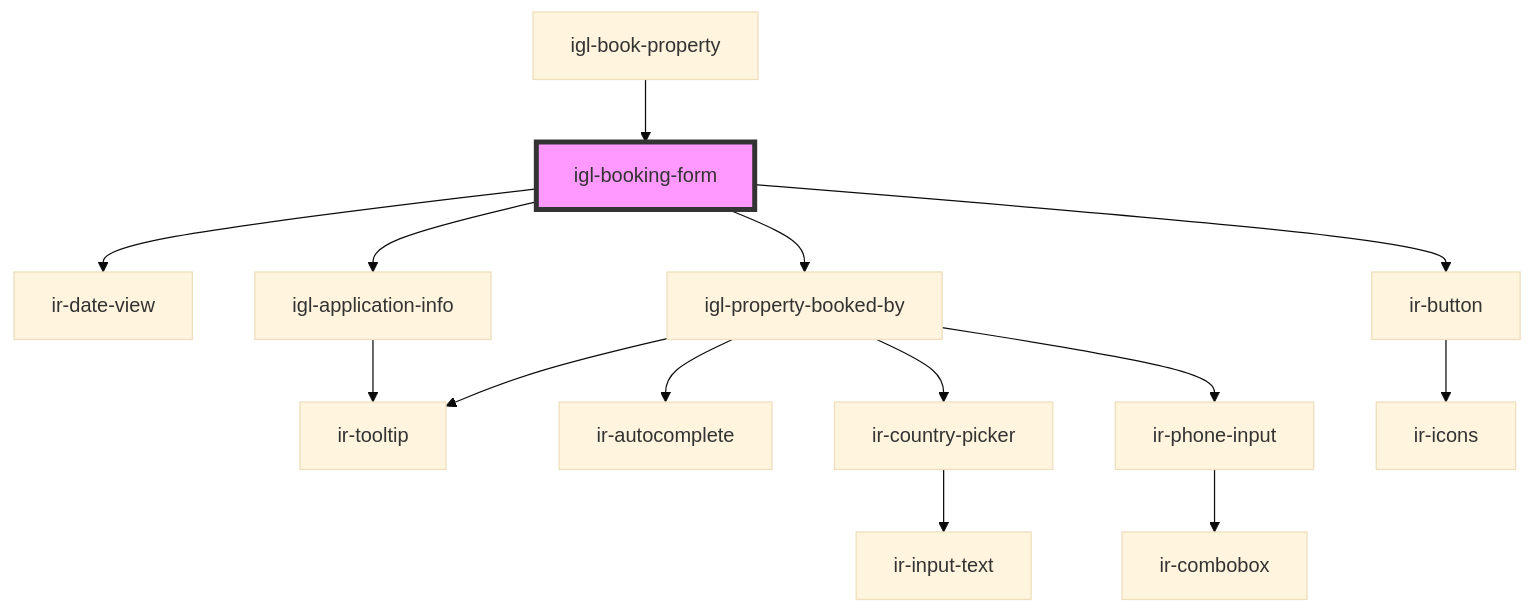
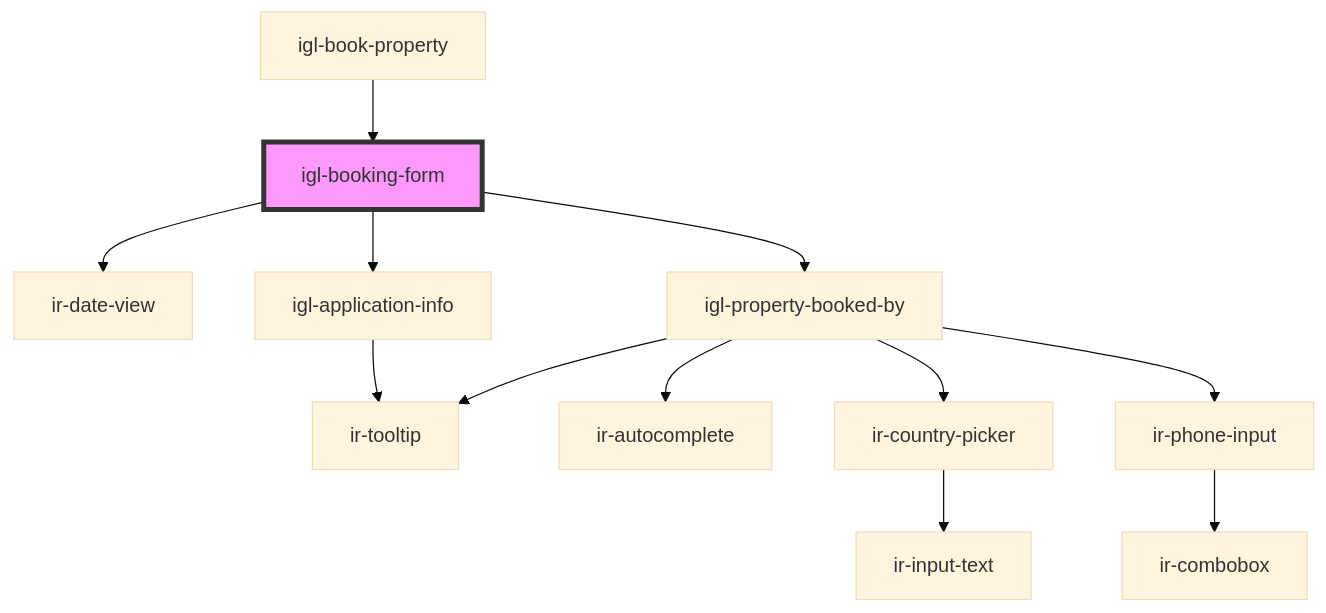
One commit to David1Chowaifaty/modified-ir-webcmp changed the diagram in src/components/igloo-calendar/igl-book-property/igl-booking-form/readme.md. Above: the diagram before and after it, drawn with Mermaid (base theme). The commit also changed other lines of this file and 17 other files, not shown here.

````diff
--- a/src/components/igloo-calendar/igl-book-property/igl-booking-form/readme.md
+++ b/src/components/igloo-calendar/igl-book-property/igl-booking-form/readme.md
@@ -51,17 +50,15 @@
 ```mermaid
 graph TD;
   igl-booking-form --> ir-date-view
   igl-booking-form --> igl-application-info
   igl-booking-form --> igl-property-booked-by
-  igl-booking-form --> ir-button
   igl-application-info --> ir-tooltip
   igl-property-booked-by --> ir-autocomplete
   igl-property-booked-by --> ir-tooltip
   igl-property-booked-by --> ir-country-picker
   igl-property-booked-by --> ir-phone-input
   ir-country-picker --> ir-input-text
   ir-phone-input --> ir-combobox
-  ir-button --> ir-icons
   igl-book-property --> igl-booking-form
   style igl-booking-form fill:#f9f,stroke:#333,stroke-width:4px
 ```
````
